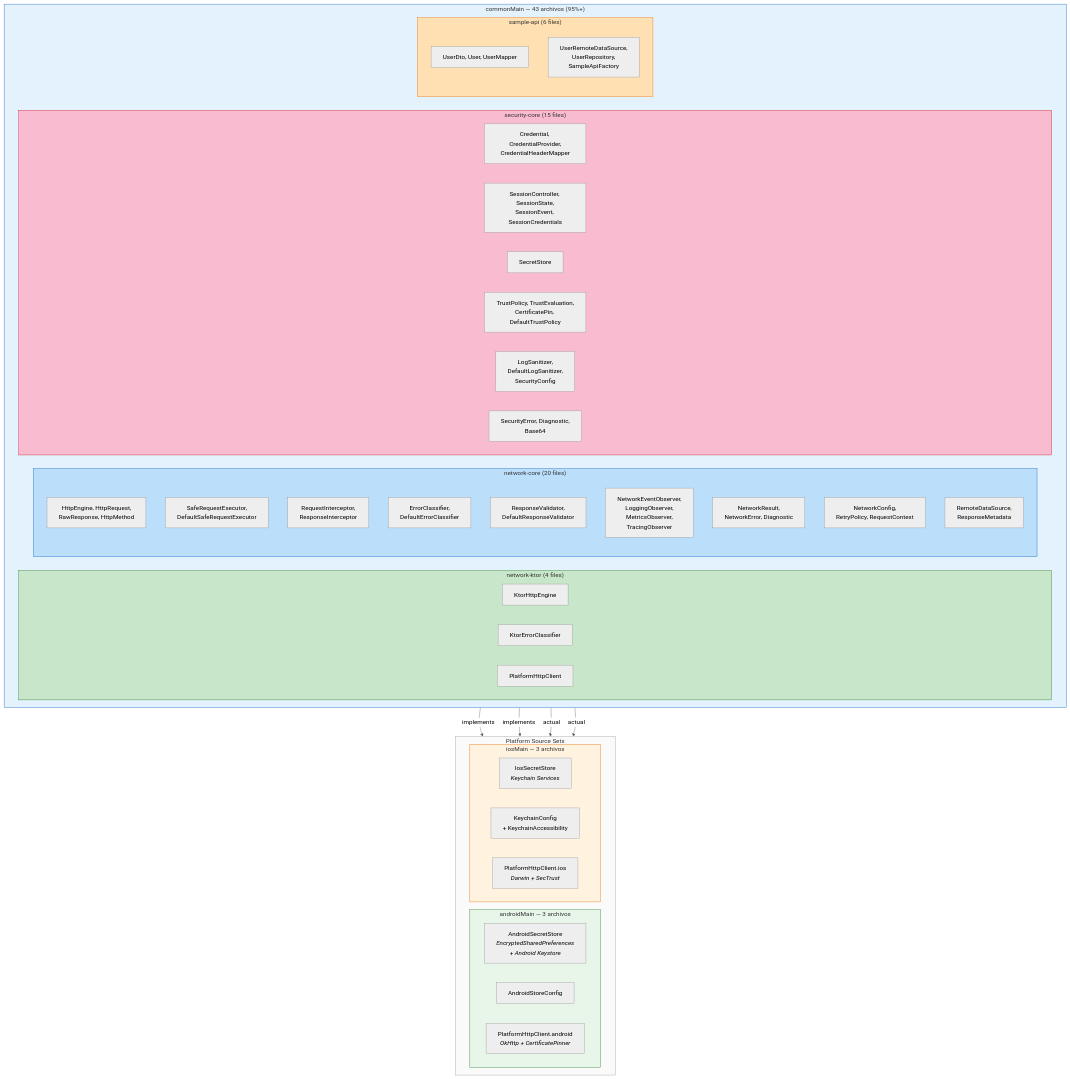
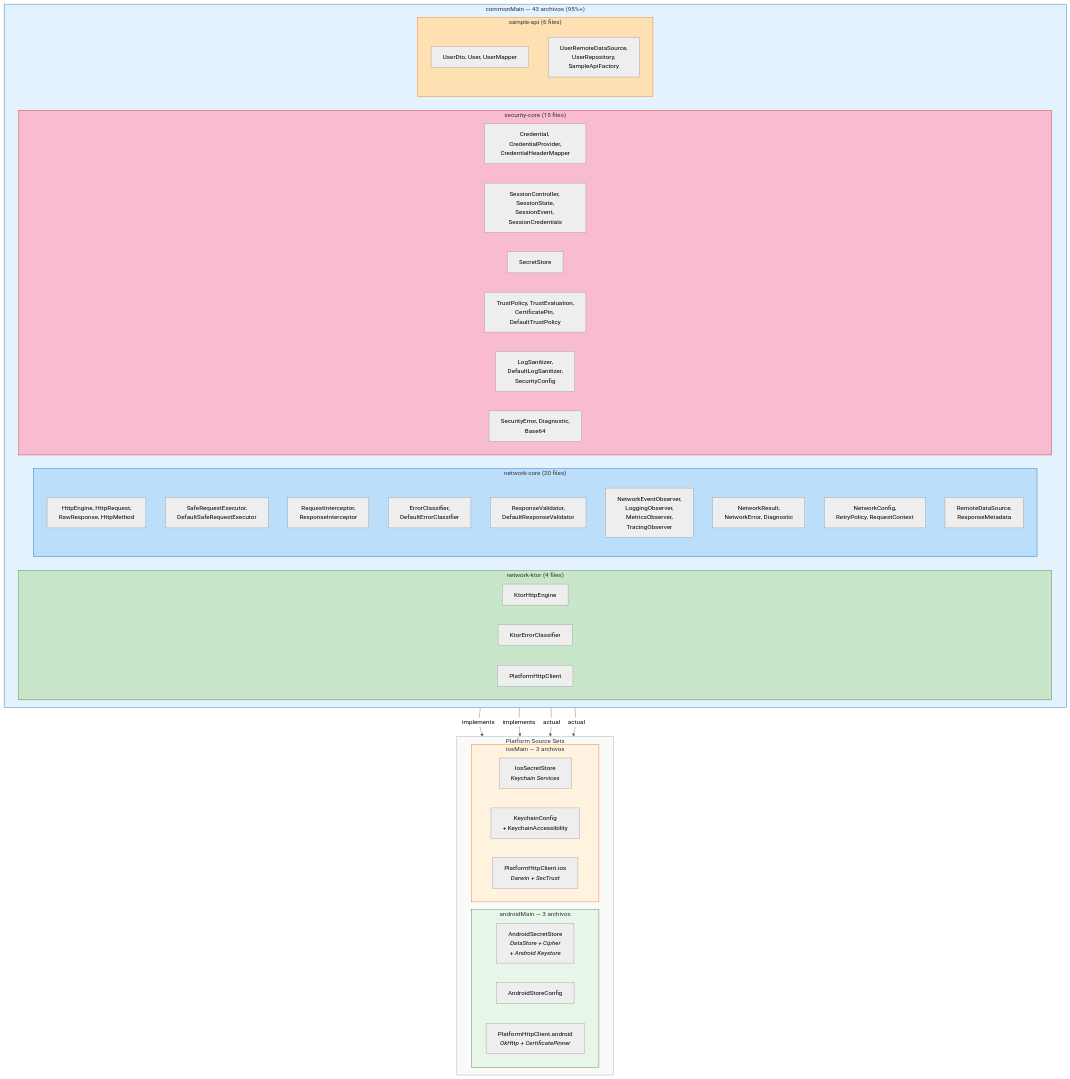
Before and after one commit to DanCrRdz93/core-data-platform: the first of 2 diagrams in docs/diagrams/04-kmp-strategy.md, drawn with Mermaid (neutral theme). The commit also changed 18 other files, not shown here.

````diff
--- a/docs/diagrams/04-kmp-strategy.md
+++ b/docs/diagrams/04-kmp-strategy.md
@@ -12,66 +12,66 @@
 ```mermaid
 graph TB
     subgraph commonMain["commonMain — 43 archivos (95%+)"]
         direction LR
         subgraph nc_common["network-core (20 files)"]
             NC1["HttpEngine, HttpRequest,<br/>RawResponse, HttpMethod"]
             NC2["SafeRequestExecutor,<br/>DefaultSafeRequestExecutor"]
             NC3["RequestInterceptor,<br/>ResponseInterceptor"]
             NC4["ErrorClassifier,<br/>DefaultErrorClassifier"]
             NC5["ResponseValidator,<br/>DefaultResponseValidator"]
             NC6["NetworkEventObserver,<br/>LoggingObserver,<br/>MetricsObserver,<br/>TracingObserver"]
             NC7["NetworkResult,<br/>NetworkError, Diagnostic"]
             NC8["NetworkConfig,<br/>RetryPolicy, RequestContext"]
             NC9["RemoteDataSource,<br/>ResponseMetadata"]
         end
 
         subgraph nk_common["network-ktor (4 files)"]
             NK1["KtorHttpEngine"]
             NK2["KtorErrorClassifier"]
             NK3["PlatformHttpClient"]
         end
 
         subgraph sc_common["security-core (15 files)"]
             SC1["Credential, CredentialProvider,<br/>CredentialHeaderMapper"]
             SC2["SessionController, SessionState,<br/>SessionEvent, SessionCredentials"]
             SC3["SecretStore"]
             SC4["TrustPolicy, TrustEvaluation,<br/>CertificatePin, DefaultTrustPolicy"]
             SC5["LogSanitizer,<br/>DefaultLogSanitizer,<br/>SecurityConfig"]
             SC6["SecurityError, Diagnostic,<br/>Base64"]
         end
 
         subgraph sa_common["sample-api (6 files)"]
             SA1["UserDto, User, UserMapper"]
             SA2["UserRemoteDataSource,<br/>UserRepository,<br/>SampleApiFactory"]
         end
     end
 
     subgraph platformMain["Platform Source Sets"]
         direction LR
         subgraph androidMain["androidMain — 3 archivos"]
-            AND1["AndroidSecretStore<br/><i>EncryptedSharedPreferences<br/>+ Android Keystore</i>"]
+            AND1["AndroidSecretStore<br/><i>DataStore + Cipher<br/>+ Android Keystore</i>"]
             AND2["AndroidStoreConfig"]
             AND3["PlatformHttpClient.android<br/><i>OkHttp + CertificatePinner</i>"]
         end
 
         subgraph iosMain["iosMain — 3 archivos"]
             IOS1["IosSecretStore<br/><i>Keychain Services</i>"]
             IOS2["KeychainConfig<br/>+ KeychainAccessibility"]
             IOS3["PlatformHttpClient.ios<br/><i>Darwin + SecTrust</i>"]
         end
     end
 
     SC3 -->|"implements"| AND1
     SC3 -->|"implements"| IOS1
     NK3 -->|"actual"| AND3
     NK3 -->|"actual"| IOS3
 
     style commonMain fill:#e3f2fd,stroke:#1565c0
     style platformMain fill:#fafafa,stroke:#9e9e9e
     style androidMain fill:#e8f5e9,stroke:#2e7d32
     style iosMain fill:#fff3e0,stroke:#ef6c00
     style nc_common fill:#bbdefb,stroke:#1565c0
     style nk_common fill:#c8e6c9,stroke:#2e7d32
     style sc_common fill:#f8bbd0,stroke:#c62828
     style sa_common fill:#ffe0b2,stroke:#ef6c00
 ```
````
